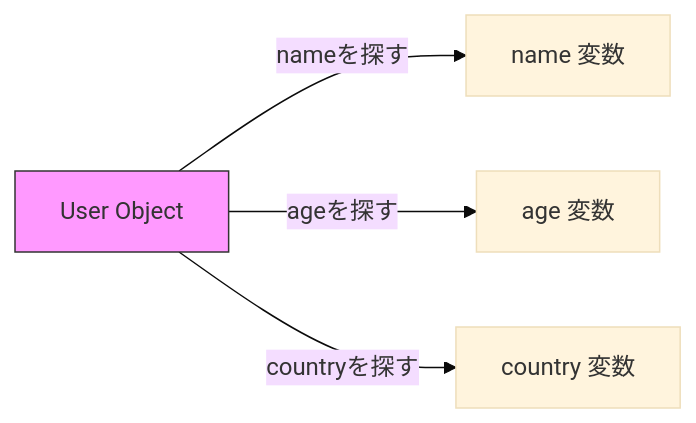
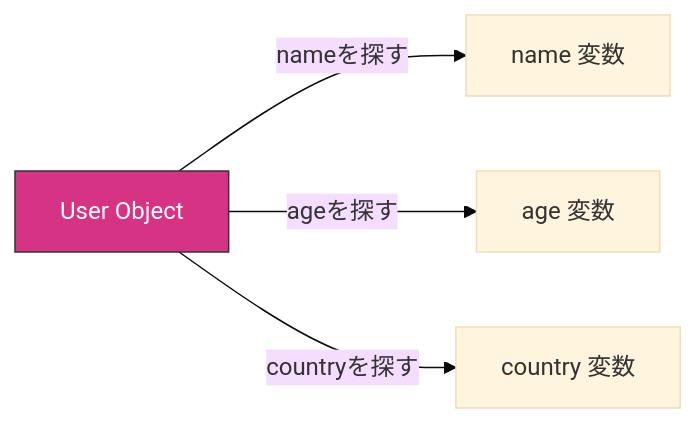
One commit to komiyamma/site_ichika_destruct-spread-named-rest changed the first of 3 diagrams in D03.md. Above: the diagram before and after it, drawn with Mermaid (base theme). The commit also changed other lines of this file and 35 other files, not shown here.

````diff
--- a/D03.md
+++ b/D03.md
@@ -58,10 +58,10 @@
 ```mermaid
 flowchart LR
     Source[User Object]
     
     Source -- "nameを探す" --> Target1[name 変数]
     Source -- "ageを探す" --> Target2[age 変数]
     Source -- "countryを探す" --> Target3[country 変数]
     
-    style Source fill:#f9f,stroke:#333
+    style Source fill:#d63384,stroke:#333,color:#fff
 ```
````
